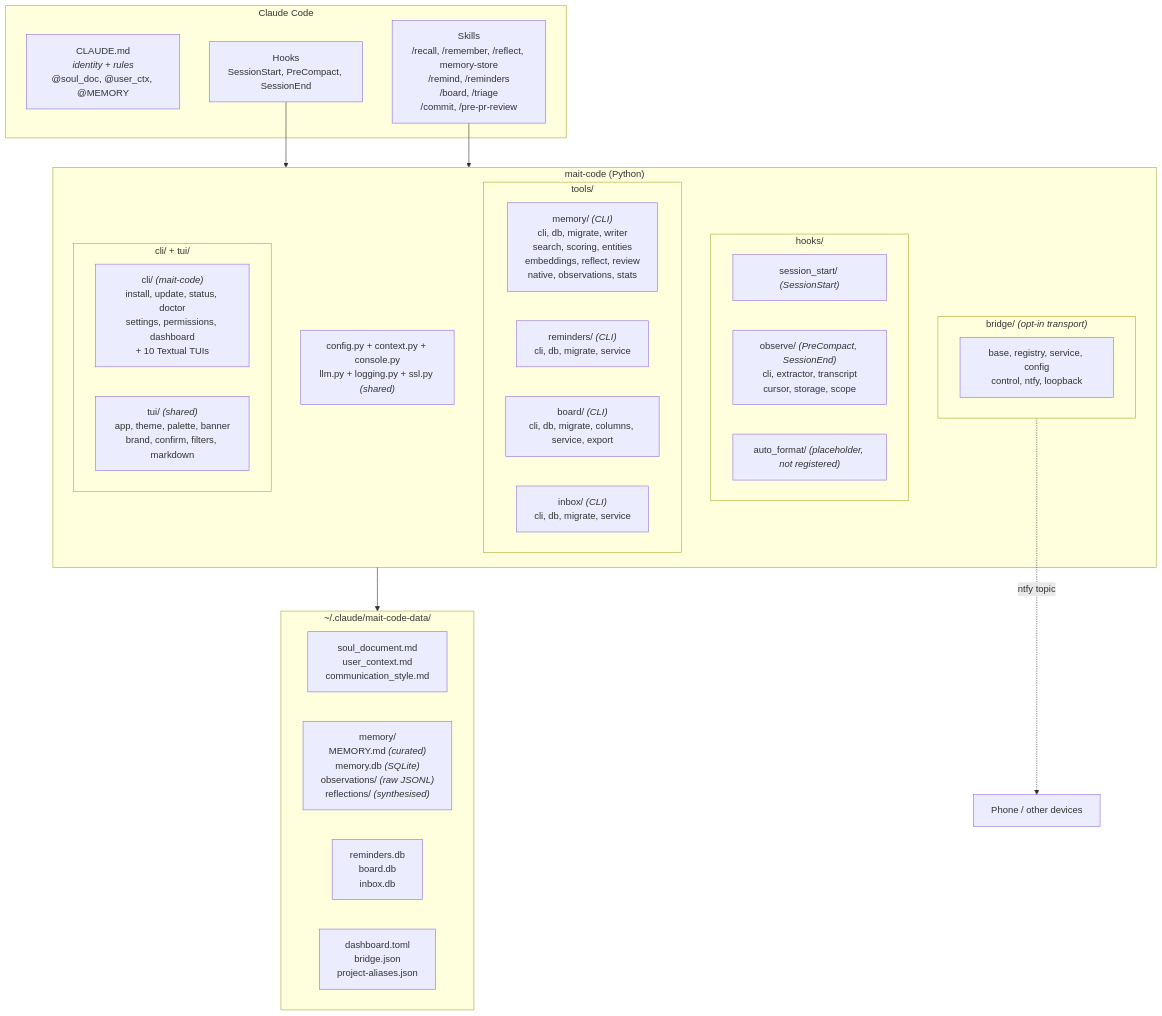
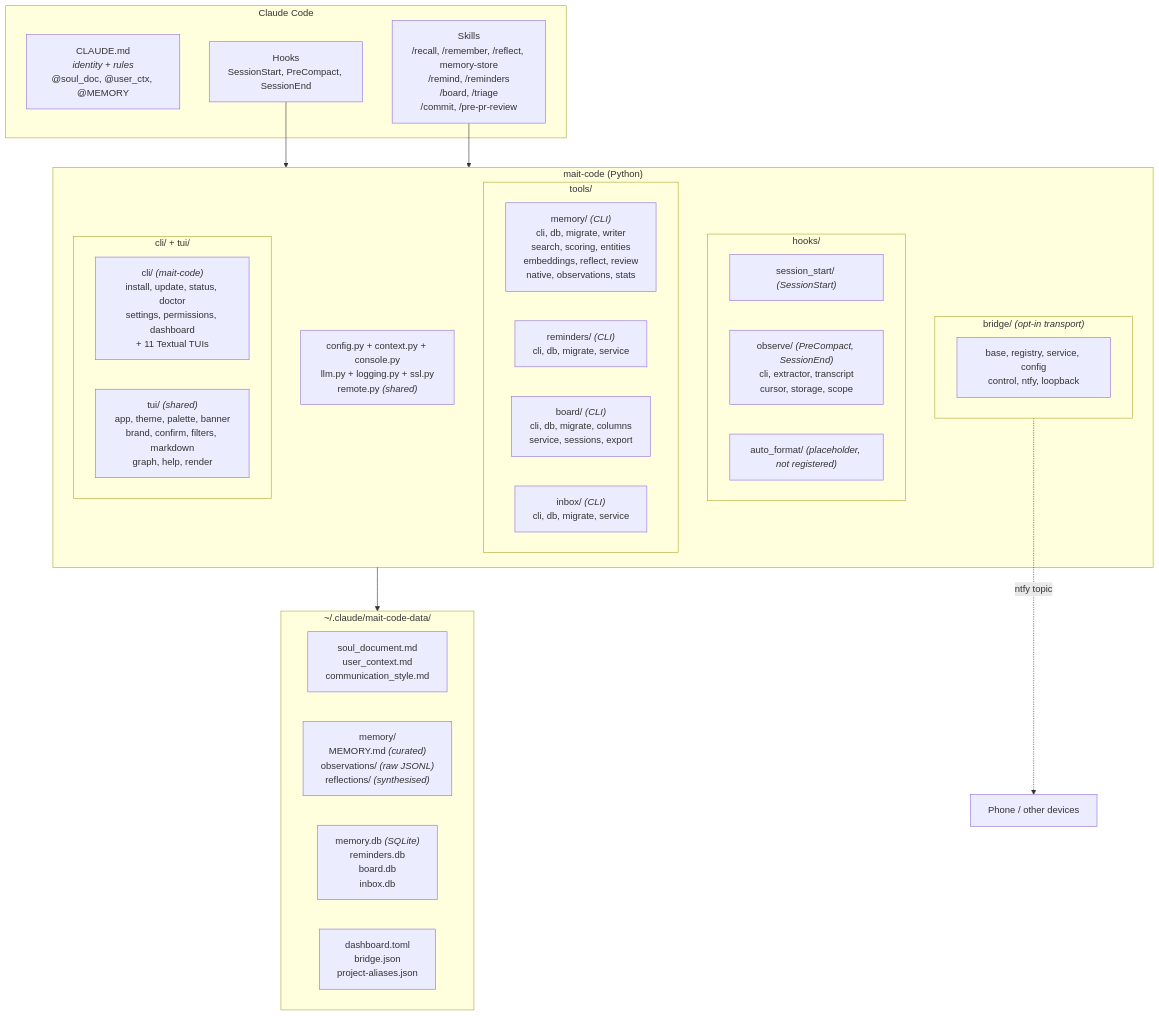
Before and after one commit to wiktordepina/mait-code: the first of 4 diagrams in docs/architecture.md, drawn with Mermaid. The commit also changed other lines of this file and 21 other files, not shown here.

````diff
--- a/docs/architecture.md
+++ b/docs/architecture.md
@@ -14,42 +14,42 @@
 ```mermaid
 graph TD
     subgraph claude_code ["Claude Code"]
         CLAUDE_MD["CLAUDE.md<br/><i>identity + rules</i><br/>@soul_doc, @user_ctx, @MEMORY"]
         HOOKS["Hooks<br/>SessionStart, PreCompact, SessionEnd"]
         SKILLS["Skills<br/>/recall, /remember, /reflect, memory-store<br/>/remind, /reminders<br/>/board, /triage<br/>/commit, /pre-pr-review"]
     end
 
     subgraph mait_code ["mait-code (Python)"]
         subgraph hooks_pkg ["hooks/"]
             session_start["session_start/ <i>(SessionStart)</i>"]
             observe["observe/ <i>(PreCompact, SessionEnd)</i><br/>cli, extractor, transcript<br/>cursor, storage, scope"]
             auto_format["auto_format/ <i>(placeholder, not registered)</i>"]
         end
         subgraph tools_pkg ["tools/"]
             memory_tool["memory/ <i>(CLI)</i><br/>cli, db, migrate, writer<br/>search, scoring, entities<br/>embeddings, reflect, review<br/>native, observations, stats"]
             reminders_tool["reminders/ <i>(CLI)</i><br/>cli, db, migrate, service"]
-            board_tool["board/ <i>(CLI)</i><br/>cli, db, migrate, columns, service, export"]
+            board_tool["board/ <i>(CLI)</i><br/>cli, db, migrate, columns<br/>service, sessions, export"]
             inbox_tool["inbox/ <i>(CLI)</i><br/>cli, db, migrate, service"]
         end
         subgraph bridge_pkg ["bridge/ <i>(opt-in transport)</i>"]
             bridge_core["base, registry, service, config<br/>control, ntfy, loopback"]
         end
         subgraph ui_pkg ["cli/ + tui/"]
-            cli_layer["cli/ <i>(mait-code)</i><br/>install, update, status, doctor<br/>settings, permissions, dashboard<br/>+ 10 Textual TUIs"]
-            tui_layer["tui/ <i>(shared)</i><br/>app, theme, palette, banner<br/>brand, confirm, filters, markdown"]
+            cli_layer["cli/ <i>(mait-code)</i><br/>install, update, status, doctor<br/>settings, permissions, dashboard<br/>+ 11 Textual TUIs"]
+            tui_layer["tui/ <i>(shared)</i><br/>app, theme, palette, banner<br/>brand, confirm, filters, markdown<br/>graph, help, render"]
         end
-        shared["config.py + context.py + console.py<br/>llm.py + logging.py + ssl.py <i>(shared)</i>"]
+        shared["config.py + context.py + console.py<br/>llm.py + logging.py + ssl.py<br/>remote.py <i>(shared)</i>"]
     end
 
     subgraph data_dir ["~/.claude/mait-code-data/"]
         identity["soul_document.md<br/>user_context.md<br/>communication_style.md"]
-        memory_store["memory/<br/>MEMORY.md <i>(curated)</i><br/>memory.db <i>(SQLite)</i><br/>observations/ <i>(raw JSONL)</i><br/>reflections/ <i>(synthesised)</i>"]
-        other_dbs["reminders.db<br/>board.db<br/>inbox.db"]
+        memory_store["memory/<br/>MEMORY.md <i>(curated)</i><br/>observations/ <i>(raw JSONL)</i><br/>reflections/ <i>(synthesised)</i>"]
+        other_dbs["memory.db <i>(SQLite)</i><br/>reminders.db<br/>board.db<br/>inbox.db"]
         cfg["dashboard.toml<br/>bridge.json<br/>project-aliases.json"]
     end
 
     HOOKS --> mait_code
     SKILLS --> mait_code
     mait_code --> data_dir
     bridge_pkg -.->|"ntfy topic"| phone["Phone / other devices"]
 ```
````
